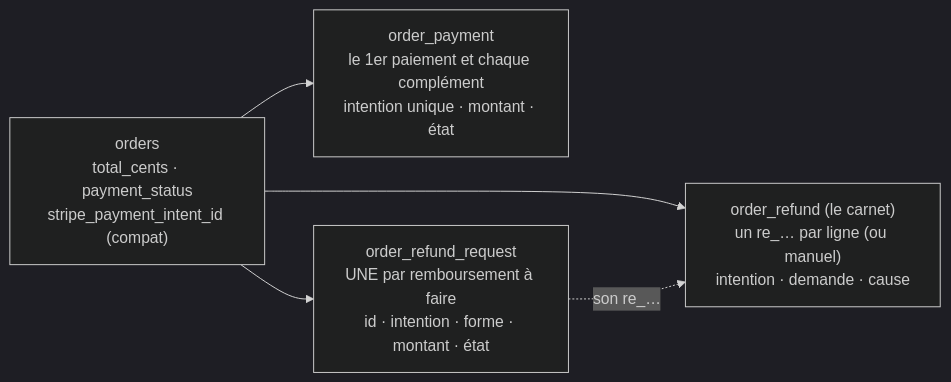
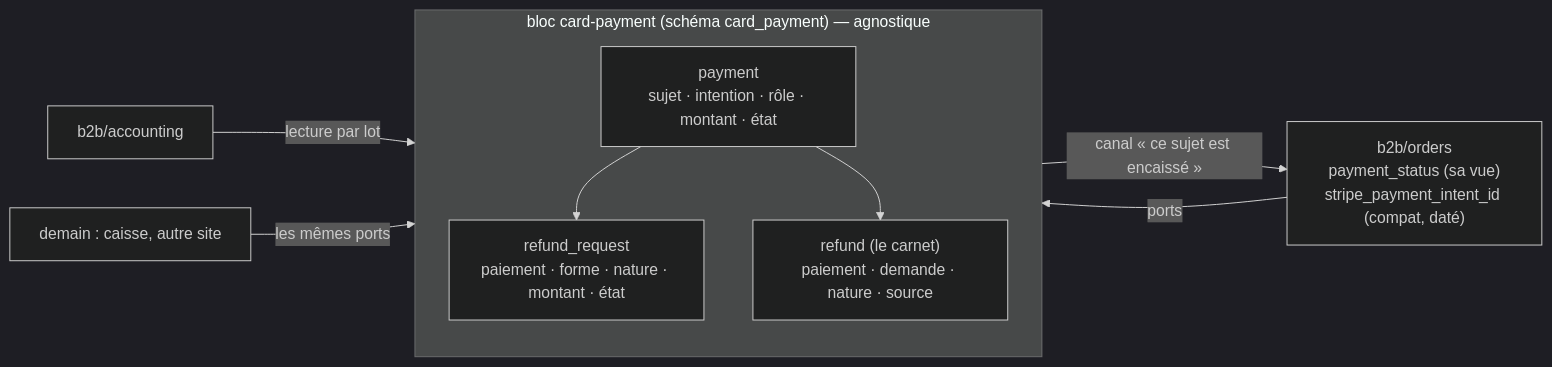
One commit to hugoheynard/lfd changed the first of 4 diagrams in documentation/commandes/modification/plan-m2-historique-de-transactions.md. Above: the diagram before and after it, drawn with Mermaid (dark theme). The commit also changed other lines of this file, not shown here.

First line of the commit message:
docs(commandes): M2, version 3 — le bloc card-payment, agnostique du contexte

````diff
--- a/documentation/commandes/modification/plan-m2-historique-de-transactions.md
+++ b/documentation/commandes/modification/plan-m2-historique-de-transactions.md
@@ -40,11 +38,14 @@
 ```mermaid
 flowchart LR
-  O["orders<br/>total_cents · payment_status<br/>stripe_payment_intent_id (compat)"]
-  P["order_payment<br/>le 1er paiement et chaque complément<br/>intention unique · montant · état"]
-  R["order_refund_request<br/>UNE par remboursement à faire<br/>id · intention · forme · montant · état"]
-  L["order_refund (le carnet)<br/>un re_… par ligne (ou manuel)<br/>intention · demande · cause"]
-  O --> P
-  O --> R
-  O --> L
-  R -. "son re_…" .-> L
+  subgraph CP["bloc card-payment (schéma card_payment) — agnostique"]
+    P["payment<br/>sujet · intention · rôle · montant · état"]
+    R["refund_request<br/>paiement · forme · nature · montant · état"]
+    L["refund (le carnet)<br/>paiement · demande · nature · source"]
+    P --> R
+    P --> L
+  end
+  O["b2b/orders<br/>payment_status (sa vue)<br/>stripe_payment_intent_id (compat, daté)"] -- "ports" --> CP
+  CP -- "canal « ce sujet est encaissé »" --> O
+  A["b2b/accounting"] -- "lecture par lot" --> CP
+  X["demain : caisse, autre site"] -- "les mêmes ports" --> CP
 ```
````
